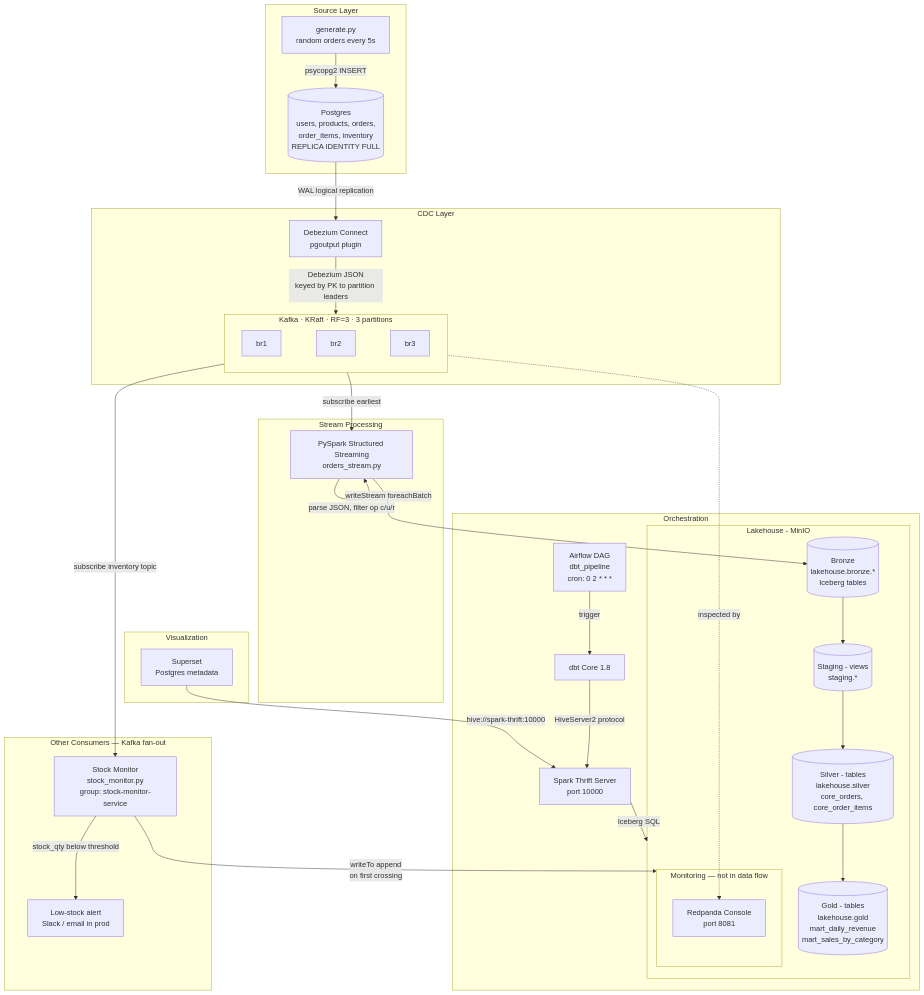
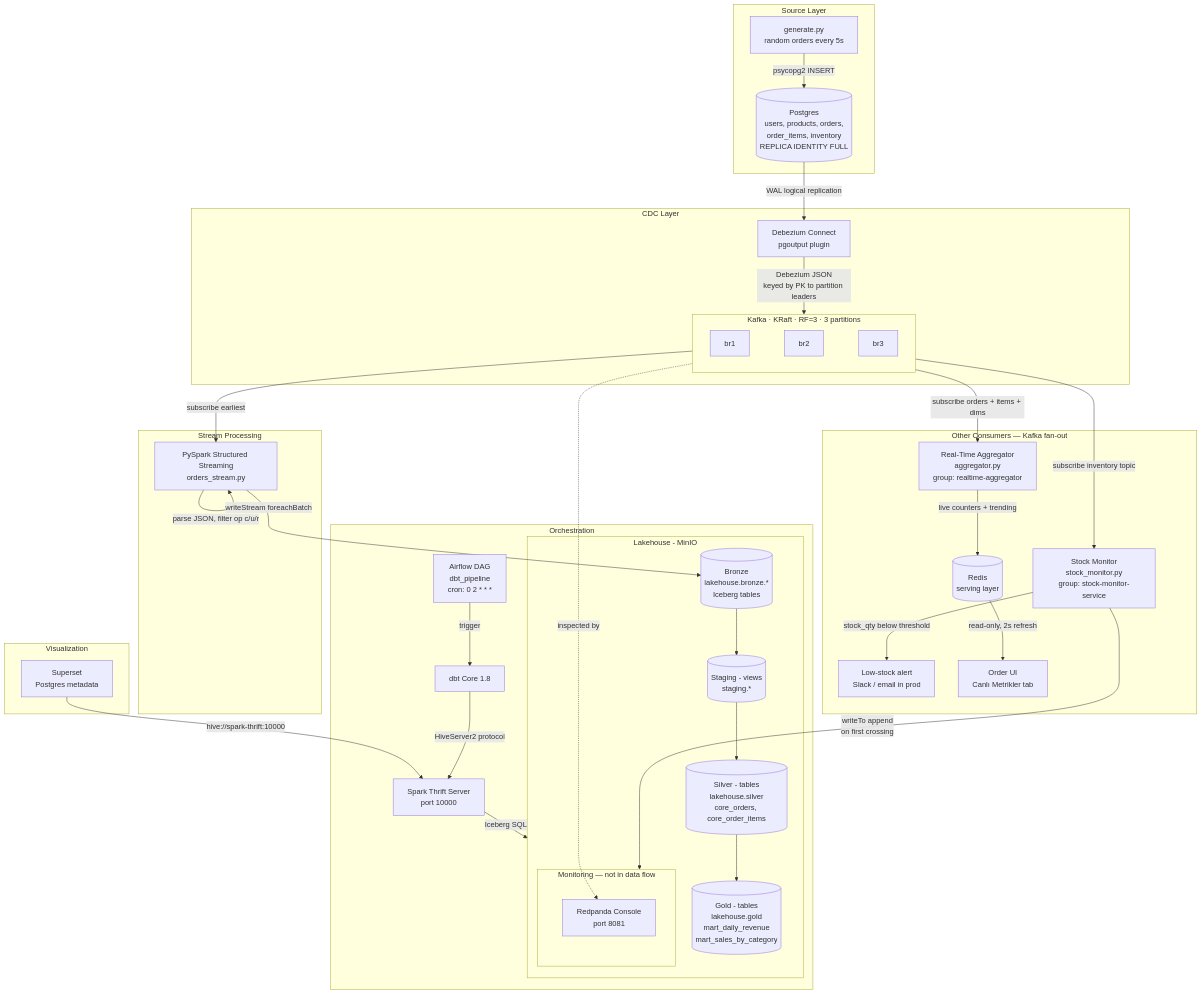
The second of 2 diagrams in README.md (airdeniz/ecommerce-lakehouse), drawn with Mermaid before and after one commit. The commit also changed other lines of this file and 9 other files, not shown here.

First line of the commit message:
feat(serving): real-time Redis serving layer (live metrics + trending)

````diff
--- a/README.md
+++ b/README.md
@@ -47,62 +50,66 @@
 ```mermaid
 flowchart TB
     subgraph SOURCE["Source Layer"]
         G[generate.py<br/>random orders every 5s]
         P[("Postgres<br/>users, products, orders,<br/>order_items, inventory<br/>REPLICA IDENTITY FULL")]
         G -->|psycopg2 INSERT| P
     end
 
     subgraph CDC_LAYER["CDC Layer"]
         D[Debezium Connect<br/>pgoutput plugin]
         subgraph KAFKA_CLUSTER["Kafka · KRaft · RF=3 · 3 partitions"]
             direction LR
             K1[br1] ~~~ K2[br2] ~~~ K3[br3]
         end
         P -->|WAL logical replication| D
         D -->|Debezium JSON<br/>keyed by PK to partition leaders| KAFKA_CLUSTER
     end
 
     subgraph STREAM["Stream Processing"]
         S[PySpark Structured Streaming<br/>orders_stream.py]
         KAFKA_CLUSTER -->|subscribe earliest| S
         S -->|parse JSON, filter op c/u/r| S
     end
 
     subgraph CONSUMERS["Other Consumers — Kafka fan-out"]
         SM[Stock Monitor<br/>stock_monitor.py<br/>group: stock-monitor-service]
         KAFKA_CLUSTER -->|subscribe inventory topic| SM
         SM -->|stock_qty below threshold| ALERT[Low-stock alert<br/>Slack / email in prod]
+        AGG[Real-Time Aggregator<br/>aggregator.py<br/>group: realtime-aggregator]
+        KAFKA_CLUSTER -->|subscribe orders + items + dims| AGG
+        AGG -->|live counters + trending| RDS[("Redis<br/>serving layer")]
+        RDS -->|read-only, 2s refresh| OUI2[Order UI<br/>Canlı Metrikler tab]
     end
 
     subgraph LAKEHOUSE["Lakehouse - MinIO"]
         B[("Bronze<br/>lakehouse.bronze.*<br/>Iceberg tables")]
         ST[("Staging - views<br/>staging.*")]
         SL[("Silver - tables<br/>lakehouse.silver<br/>core_orders, core_order_items")]
         GD[("Gold - tables<br/>lakehouse.gold<br/>mart_daily_revenue<br/>mart_sales_by_category")]
         OPS[("Ops<br/>lakehouse.ops.stock_alerts<br/>Iceberg table")]
         S -->|writeStream foreachBatch| B
         SM -->|writeTo append<br/>on first crossing| OPS
         B --> ST
         ST --> SL
         SL --> GD
     end
 
     subgraph ORCH["Orchestration"]
         A[Airflow DAG<br/>dbt_pipeline<br/>cron: 0 2 * * *]
         TH[Spark Thrift Server<br/>port 10000]
         DB[dbt Core 1.8]
         A -->|trigger| DB
         DB -->|HiveServer2 protocol| TH
         TH -->|Iceberg SQL| LAKEHOUSE
     end
 
     subgraph VIZ["Visualization"]
         SUP[Superset<br/>Postgres metadata]
         SUP -->|hive://spark-thrift:10000| TH
     end
 
     subgraph OPS["Monitoring — not in data flow"]
         RC[Redpanda Console<br/>port 8081]
     end
     KAFKA_CLUSTER -.->|inspected by| RC
 ```
````
